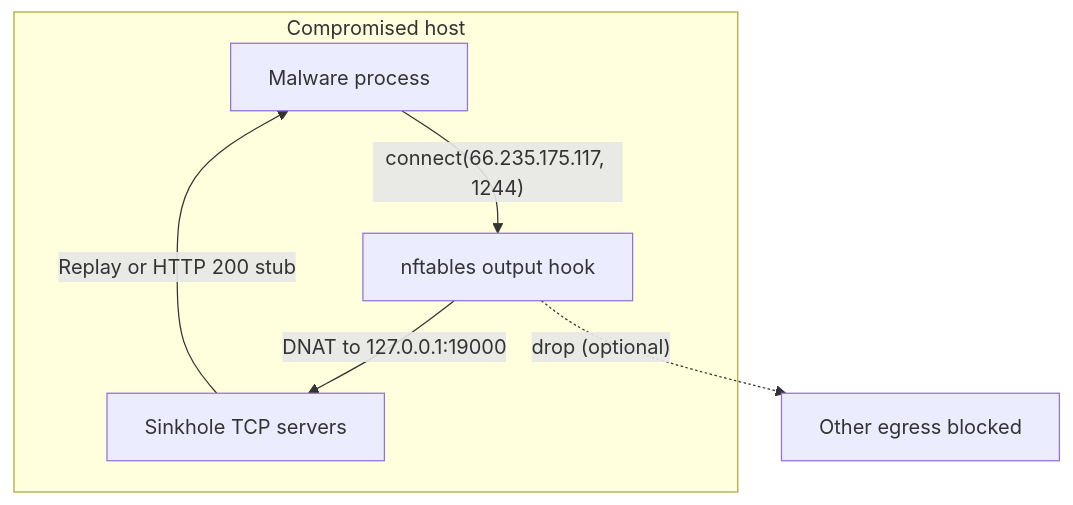
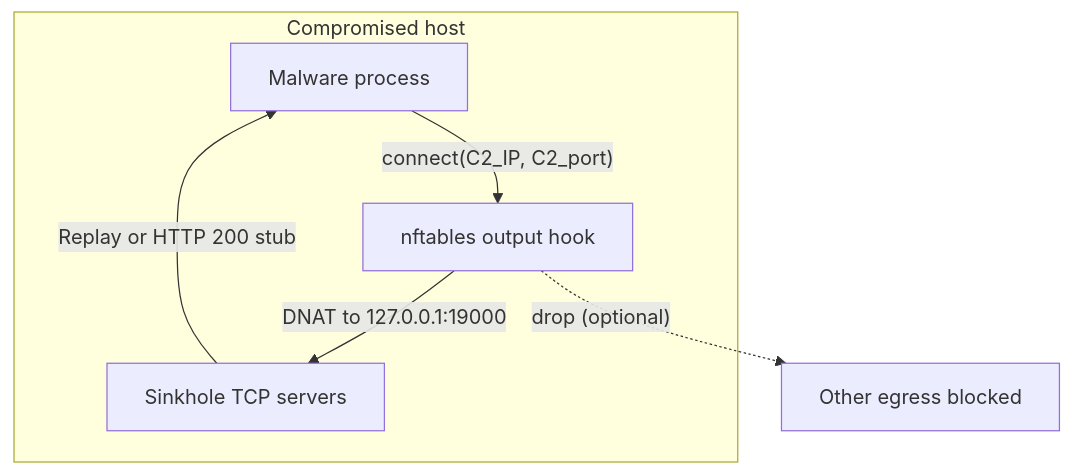
The third of 4 diagrams in README.md (Leviticus-Triage/ir-sinkhole), drawn with Mermaid before and after one commit. The commit also changed 1 other file, not shown here.

Commit message:
Fix menu stdin for curl pipe execution

````diff
--- a/README.md
+++ b/README.md
@@ -80,12 +80,12 @@
 ```mermaid
 flowchart TB
     subgraph Host["Compromised host"]
         M[Malware process]
         N[nftables output hook]
         S[Sinkhole TCP servers]
     end
-    M -->|"connect(66.235.175.117, 1244)"| N
+    M -->|"connect(C2_IP, C2_port)"| N
     N -->|"DNAT to 127.0.0.1:19000"| S
     S -->|"Replay or HTTP 200 stub"| M
     N -.->|"drop (optional)"| X[Other egress blocked]
 ```
````
